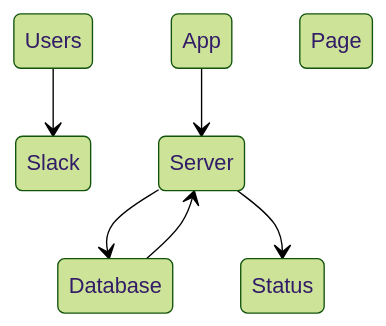
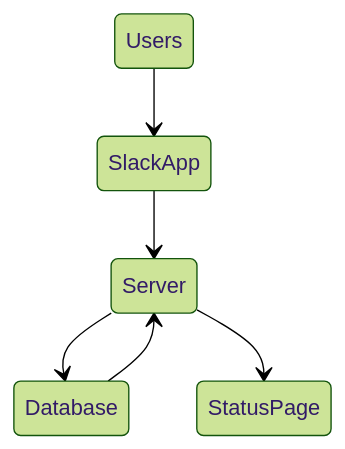
One commit to decentraland/adr changed the diagram in ADR/ADR-81-crashbot.md. Above: the diagram before and after it, drawn with Mermaid (forest theme).

Commit message:
docs: fix diagram

````diff
--- a/ADR/ADR-81-crashbot.md
+++ b/ADR/ADR-81-crashbot.md
@@ -39,11 +39,11 @@
 ```mermaid
 stateDiagram-v2
-    Users --> Slack App
+    Users --> SlackApp
     
-    Slack App --> Server
+    SlackApp --> Server
     
     Server --> Database
     Database --> Server
 
-    Server --> Status Page
+    Server --> StatusPage
 ```
````
